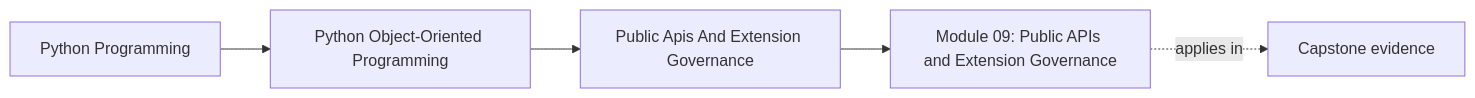
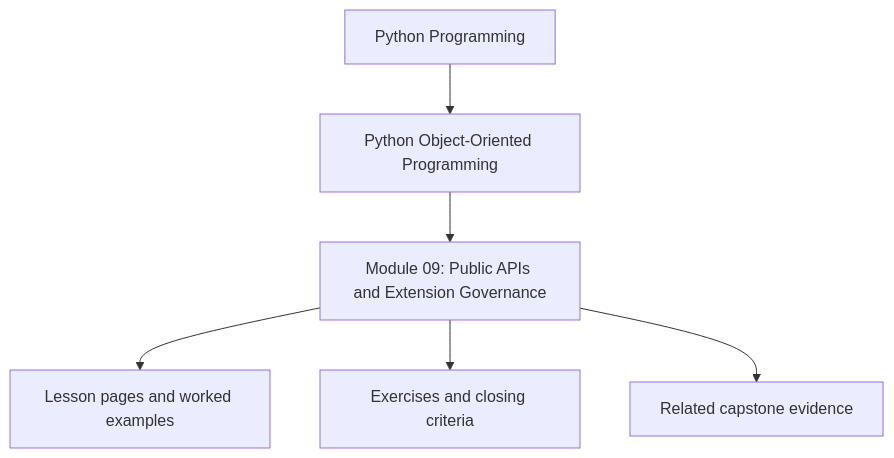
The first of 2 diagrams in programs/python-programming/python-object-oriented-programming/course-book/module-09-public-apis-and-extension-governance/index.md (bijux/bijux-masterclass), drawn with Mermaid before and after one commit. The commit also changed other lines of this file and 10 other files, not shown here.

Commit message:
docs(python-object-oriented-programming): reposition module overview diagrams

````diff
--- a/programs/python-programming/python-object-oriented-programming/course-book/module-09-public-apis-and-extension-governance/index.md
+++ b/programs/python-programming/python-object-oriented-programming/course-book/module-09-public-apis-and-extension-governance/index.md
@@ -7,11 +7,8 @@
 ```mermaid
-graph LR
-  family["Python Programming"]
-  program["Python Object-Oriented Programming"]
-  section["Public Apis And Extension Governance"]
-  page["Module 09: Public APIs and Extension Governance"]
-  capstone["Capstone evidence"]
-
-  family --> program --> section --> page
-  page -.applies in.-> capstone
+flowchart TD
+  family["Python Programming"] --> program["Python Object-Oriented Programming"]
+  program --> module["Module 09: Public APIs and Extension Governance"]
+  module --> lessons["Lesson pages and worked examples"]
+  module --> checkpoints["Exercises and closing criteria"]
+  module --> capstone["Related capstone evidence"]
 ```
````
